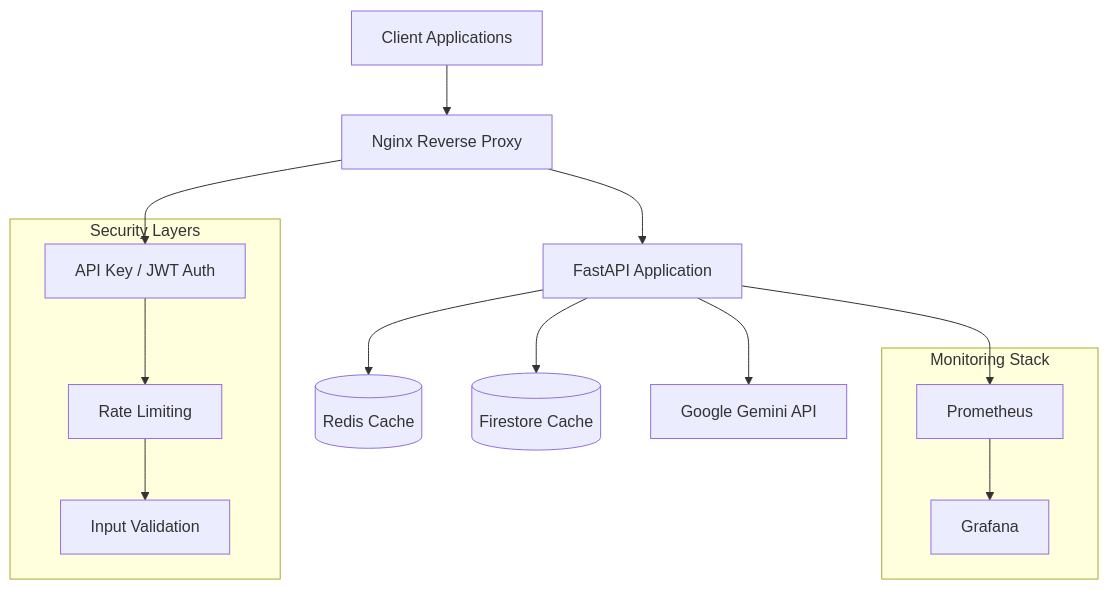
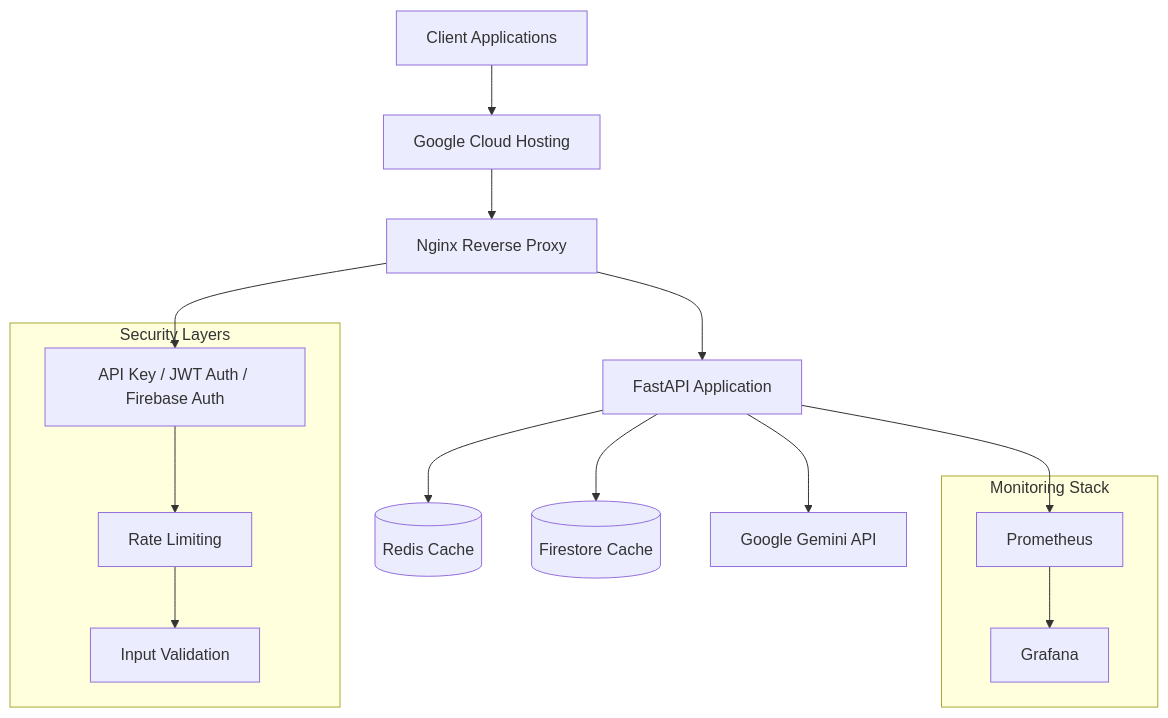
The diagram in README.md (8848man/gemini_api_server), drawn with Mermaid before and after one commit.

````diff
--- a/README.md
+++ b/README.md
@@ -39,26 +39,26 @@
 ```mermaid
 graph TB
-    Client[Client Applications] --> Nginx[Nginx Reverse Proxy]
+    Client[Client Applications] --> Hosting[Google Cloud Hosting] --> Nginx[Nginx Reverse Proxy]
     Nginx --> API[FastAPI Application]
     API --> Redis[(Redis Cache)]
     API --> Firestore[(Firestore Cache)]
     API --> Gemini[Google Gemini API]
     
     subgraph "Monitoring Stack"
         Prometheus[Prometheus]
         Grafana[Grafana]
     end
     
     API --> Prometheus
     Prometheus --> Grafana
     
     subgraph "Security Layers"
-        Auth[API Key / JWT Auth]
+        Auth[API Key / JWT Auth / Firebase Auth]
         RateLimit[Rate Limiting]
         Validation[Input Validation]
     end
     
     Nginx --> Auth
     Auth --> RateLimit
     RateLimit --> Validation
 ```
````
